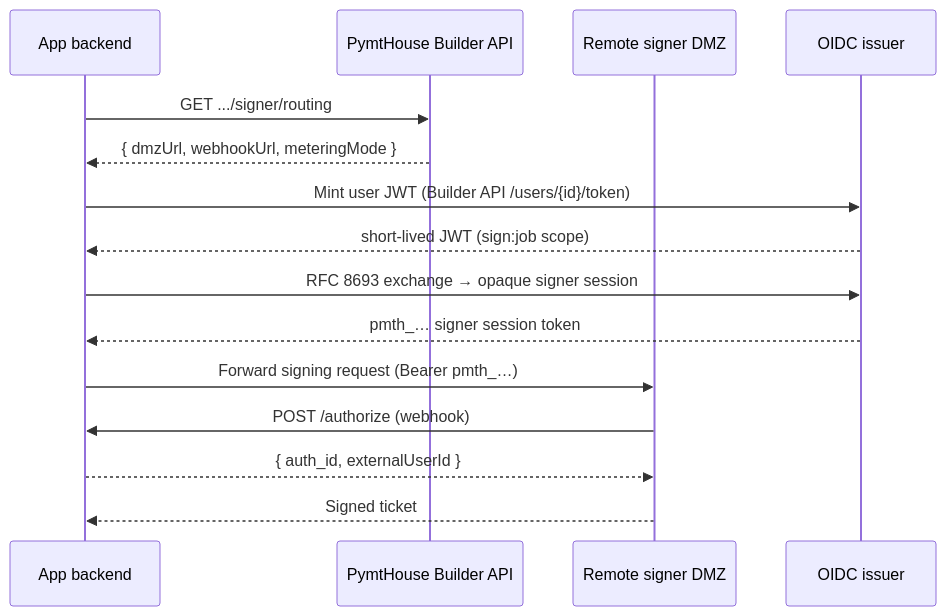
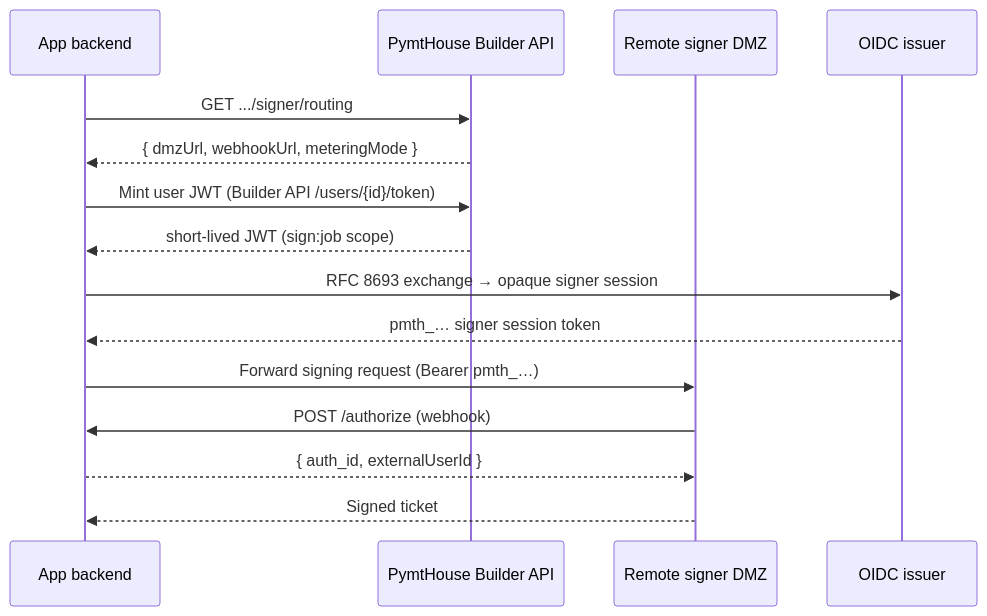
The first of 2 diagrams in integration/signer-routing.mdx (pymthouse/pymthouse-docs), drawn with Mermaid before and after one commit. The commit also changed other lines of this file and 1 other file, not shown here.

Commit message:
fix: apply CodeRabbit auto-fixes
Fixed 2 file(s) based on 3 unresolved review comments.

````diff
--- a/integration/signer-routing.mdx
+++ b/integration/signer-routing.mdx
@@ -20,21 +20,21 @@
 ```mermaid
 sequenceDiagram
   participant App as App backend
   participant PM as PymtHouse Builder API
   participant DMZ as Remote signer DMZ
   participant OP as OIDC issuer
 
   App->>PM: GET .../signer/routing
   PM-->>App: { dmzUrl, webhookUrl, meteringMode }
 
-  App->>OP: Mint user JWT (Builder API /users/{id}/token)
-  OP-->>App: short-lived JWT (sign:job scope)
+  App->>PM: Mint user JWT (Builder API /users/{id}/token)
+  PM-->>App: short-lived JWT (sign:job scope)
 
   App->>OP: RFC 8693 exchange → opaque signer session
   OP-->>App: pmth_… signer session token
 
   App->>DMZ: Forward signing request (Bearer pmth_…)
   DMZ->>App: POST /authorize (webhook)
   App-->>DMZ: { auth_id, externalUserId }
   DMZ-->>App: Signed ticket
 ```
````
